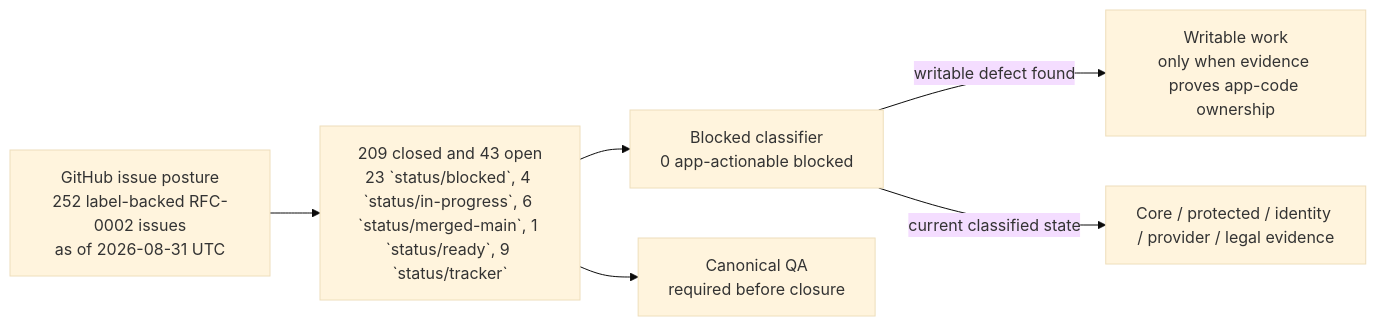
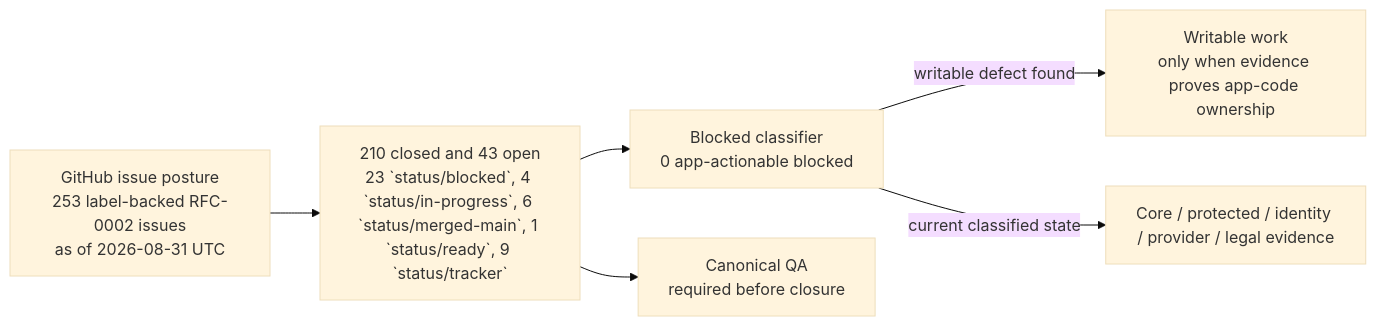
Before and after one commit to sgajbi/lotus-idea: the first of 2 diagrams in wiki/RFC-0002-Execution-Status.md, drawn with Mermaid (base theme). The commit also changed other lines of this file and 14 other files, not shown here.

Commit message:
docs(rfc): close evidence-derived scoring issue

````diff
--- a/wiki/RFC-0002-Execution-Status.md
+++ b/wiki/RFC-0002-Execution-Status.md
@@ -49,15 +49,15 @@
 ```mermaid
 flowchart LR
-    Issues["GitHub issue posture<br/>252 label-backed RFC-0002 issues<br/>as of 2026-08-31 UTC"]
-    Open["209 closed and 43 open<br/>23 `status/blocked`, 4 `status/in-progress`, 6 `status/merged-main`, 1 `status/ready`, 9 `status/tracker`"]
+    Issues["GitHub issue posture<br/>253 label-backed RFC-0002 issues<br/>as of 2026-08-31 UTC"]
+    Open["210 closed and 43 open<br/>23 `status/blocked`, 4 `status/in-progress`, 6 `status/merged-main`, 1 `status/ready`, 9 `status/tracker`"]
     Blocked["Blocked classifier<br/>0 app-actionable blocked"]
     Work["Writable work<br/>only when evidence proves app-code ownership"]
     External["Core / protected / identity / provider / legal evidence"]
     QA["Canonical QA<br/>required before closure"]
 
     Issues --> Open
     Open --> Blocked
     Blocked -->|"writable defect found"| Work
     Blocked -->|"current classified state"| External
     Open --> QA
 ```
````
